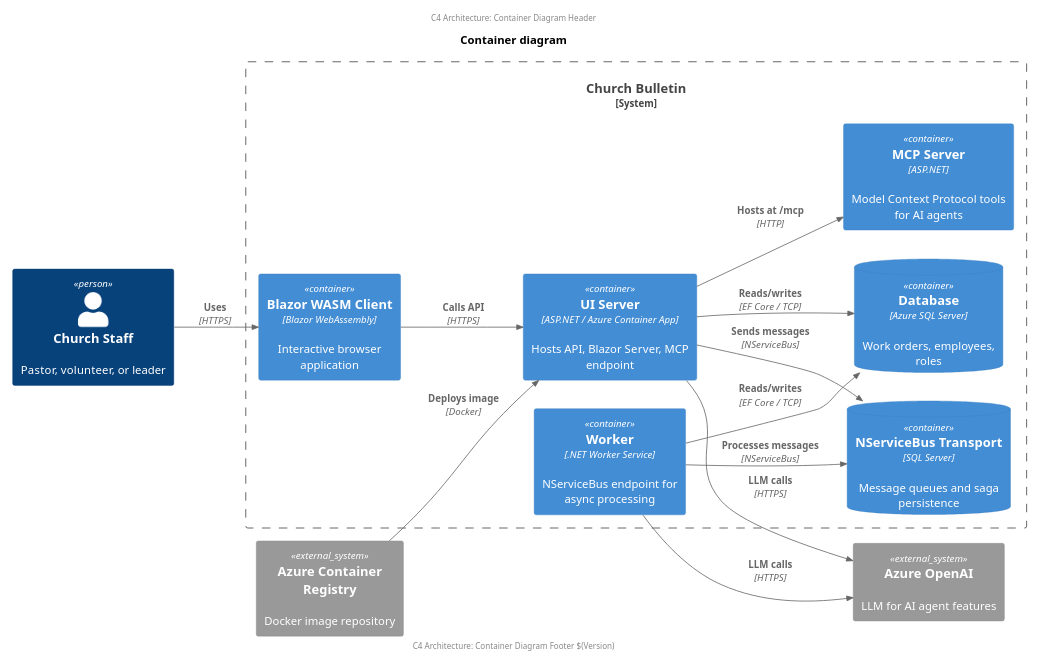
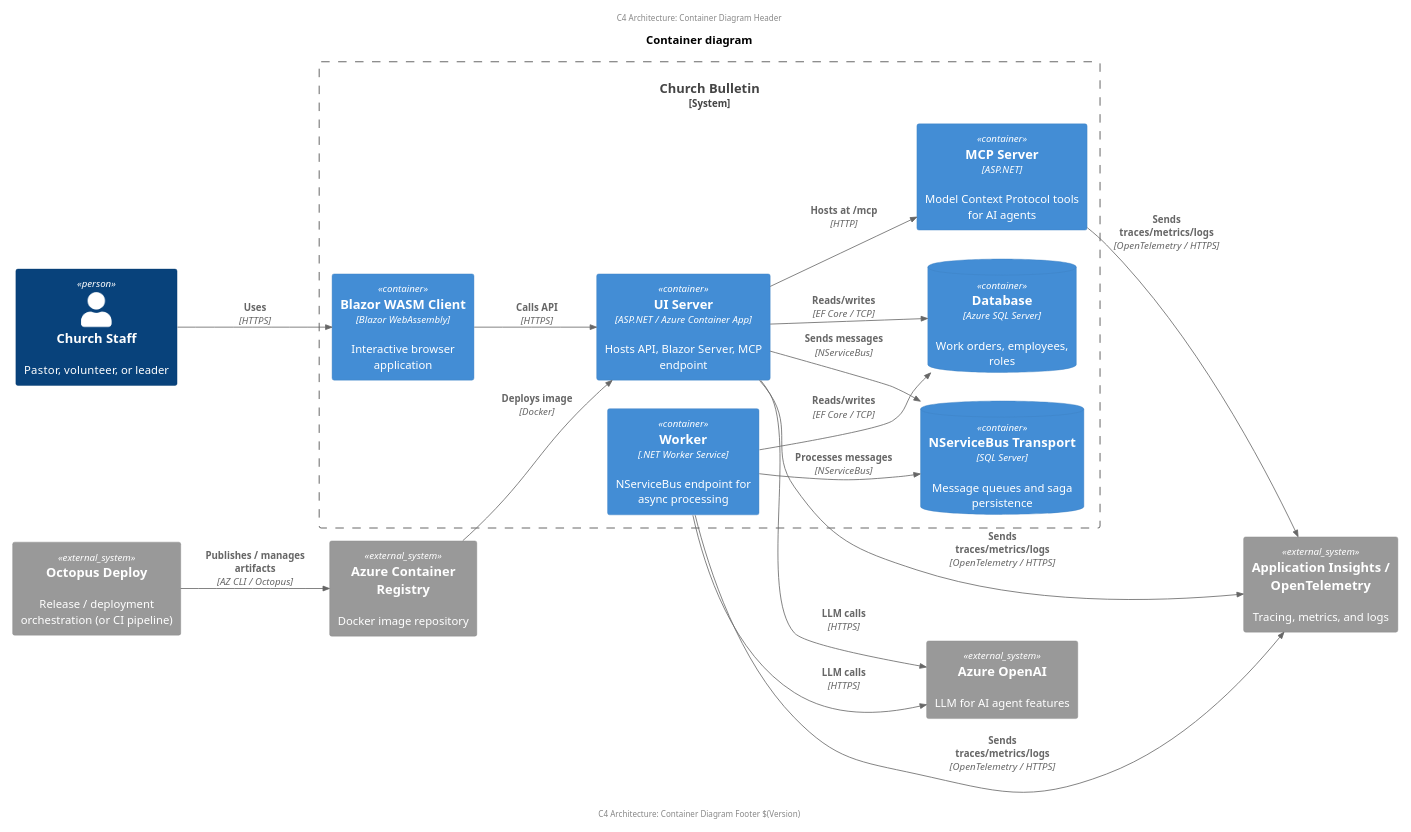
One commit to ClearMeasureLabs/bootcamp-palermo-workorders changed the diagram in arch/arch-c4-container-deployment.puml. Above: the diagram before and after it, drawn with PlantUML. The commit also changed 3 other files, not shown here.

Commit message:
docs: architecture — quick start, add observability & externals to diagrams, add LLM/MCP sequence diagram

```diff
--- a/arch/arch-c4-container-deployment.puml
+++ b/arch/arch-c4-container-deployment.puml
@@ -1,41 +1,47 @@
 @startuml
 
 scale 2/3
 left to right direction
 center header
     C4 Architecture: Container Diagram Header
 endheader
 
 !includeurl https://raw.githubusercontent.com/RicardoNiepel/C4-PlantUML/master/C4_Container.puml
 
 title Container diagram 
 
 Person(user, "Church Staff", "Pastor, volunteer, or leader")
 
 System_Boundary(system, "Church Bulletin") {
     Container(ui, "Blazor WASM Client", "Blazor WebAssembly", "Interactive browser application")
     Container(server, "UI Server", "ASP.NET / Azure Container App", "Hosts API, Blazor Server, MCP endpoint")
     Container(worker, "Worker", ".NET Worker Service", "NServiceBus endpoint for async processing")
     Container(mcpServer, "MCP Server", "ASP.NET", "Model Context Protocol tools for AI agents")
     ContainerDb(db, "Database", "Azure SQL Server", "Work orders, employees, roles")
     ContainerDb(nsbTransport, "NServiceBus Transport", "SQL Server", "Message queues and saga persistence")
 }
 
 System_Ext(azureOpenAI, "Azure OpenAI", "LLM for AI agent features")
 System_Ext(acr, "Azure Container Registry", "Docker image repository")
+System_Ext(telemetry, "Application Insights / OpenTelemetry", "Tracing, metrics, and logs")
+System_Ext(octopus, "Octopus Deploy", "Release / deployment orchestration (or CI pipeline)")
 
 Rel(user, ui, "Uses", "HTTPS")
 Rel(ui, server, "Calls API", "HTTPS")
 Rel(server, db, "Reads/writes", "EF Core / TCP")
 Rel(server, nsbTransport, "Sends messages", "NServiceBus")
 Rel(worker, nsbTransport, "Processes messages", "NServiceBus")
 Rel(worker, db, "Reads/writes", "EF Core / TCP")
 Rel(server, mcpServer, "Hosts at /mcp", "HTTP")
 Rel(server, azureOpenAI, "LLM calls", "HTTPS")
 Rel(worker, azureOpenAI, "LLM calls", "HTTPS")
+Rel(server, telemetry, "Sends traces/metrics/logs", "OpenTelemetry / HTTPS")
+Rel(worker, telemetry, "Sends traces/metrics/logs", "OpenTelemetry / HTTPS")
+Rel(mcpServer, telemetry, "Sends traces/metrics/logs", "OpenTelemetry / HTTPS")
 Rel(acr, server, "Deploys image", "Docker")
+Rel(octopus, acr, "Publishes / manages artifacts", "AZ CLI / Octopus")
 
 center footer
     C4 Architecture: Container Diagram Footer $(Version)
 endfooter
 @enduml
```
